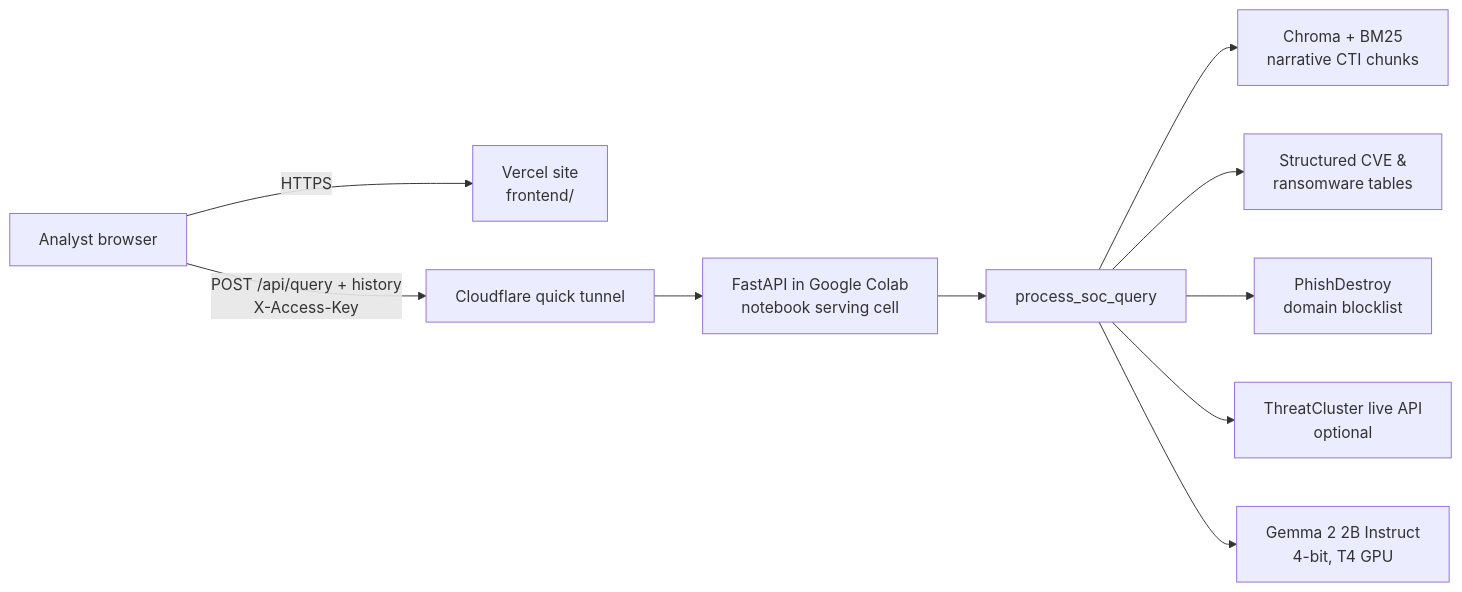
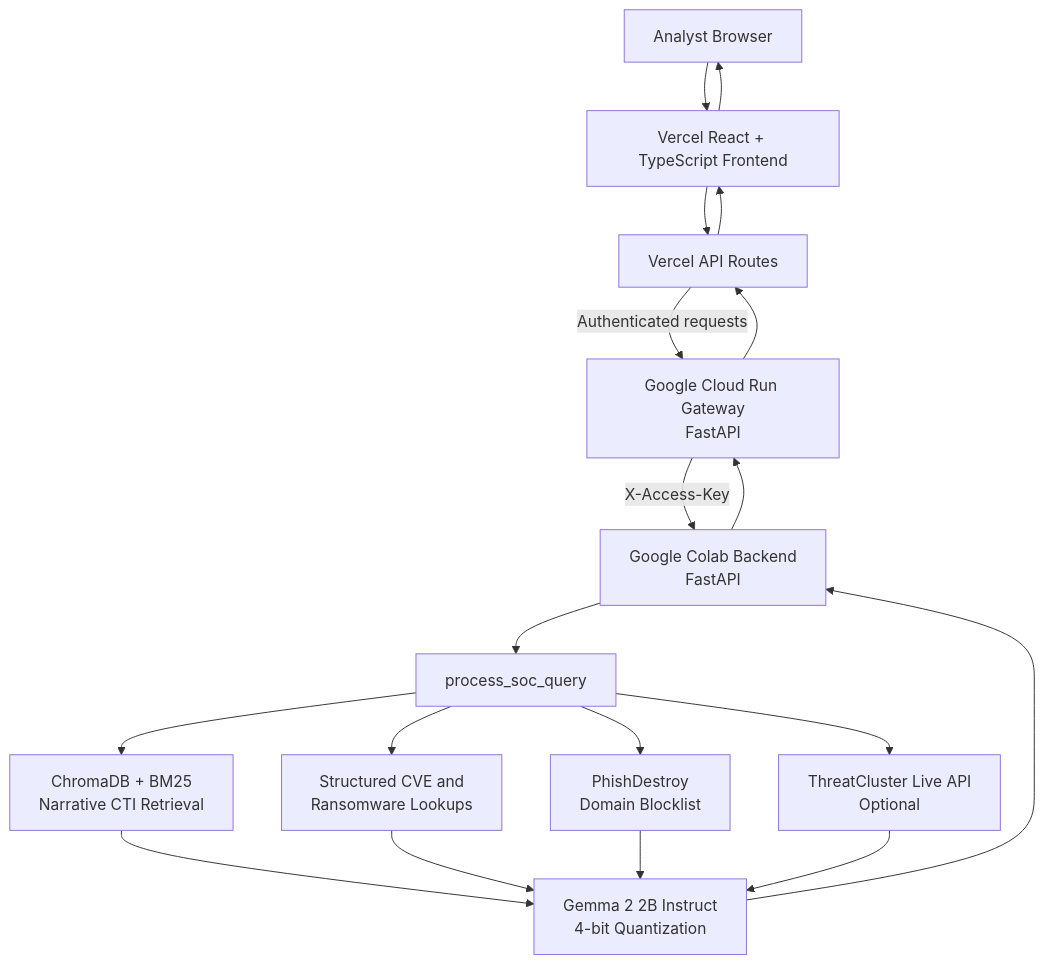
One commit to ShahHtetNaing/cti_rag_v3.0 changed the diagram in readme.md. Above: the diagram before and after it, drawn with Mermaid. The commit also changed other lines of this file, not shown here.

````diff
--- a/readme.md
+++ b/readme.md
@@ -12,12 +21,23 @@
 ```mermaid
-flowchart LR
-    U[Analyst browser] -->|HTTPS| V[Vercel site<br/>frontend/]
-    U -->|POST /api/query + history<br/>X-Access-Key| T[Cloudflare quick tunnel]
-    T --> A[FastAPI in Google Colab<br/>notebook serving cell]
-    A --> P[process_soc_query]
-    P --> R1[Chroma + BM25<br/>narrative CTI chunks]
-    P --> R2[Structured CVE &<br/>ransomware tables]
-    P --> R3[PhishDestroy<br/>domain blocklist]
-    P --> R4[ThreatCluster live API<br/>optional]
-    P --> G[Gemma 2 2B Instruct<br/>4-bit, T4 GPU]
+flowchart TD
+    U[Analyst Browser] --> V[Vercel React + TypeScript Frontend]
+    V --> API[Vercel API Routes]
+    API -->|Authenticated requests| G[Google Cloud Run Gateway<br/>FastAPI]
+    G -->|X-Access-Key| C[Google Colab Backend<br/>FastAPI]
+    C --> P[process_soc_query]
+
+    P --> R1[ChromaDB + BM25<br/>Narrative CTI Retrieval]
+    P --> R2[Structured CVE and<br/>Ransomware Lookups]
+    P --> R3[PhishDestroy<br/>Domain Blocklist]
+    P --> R4[ThreatCluster Live API<br/>Optional]
+
+    R1 --> M[Gemma 2 2B Instruct<br/>4-bit Quantization]
+    R2 --> M
+    R3 --> M
+    R4 --> M
+    M --> C
+    C --> G
+    G --> API
+    API --> V
+    V --> U
 ```
````
